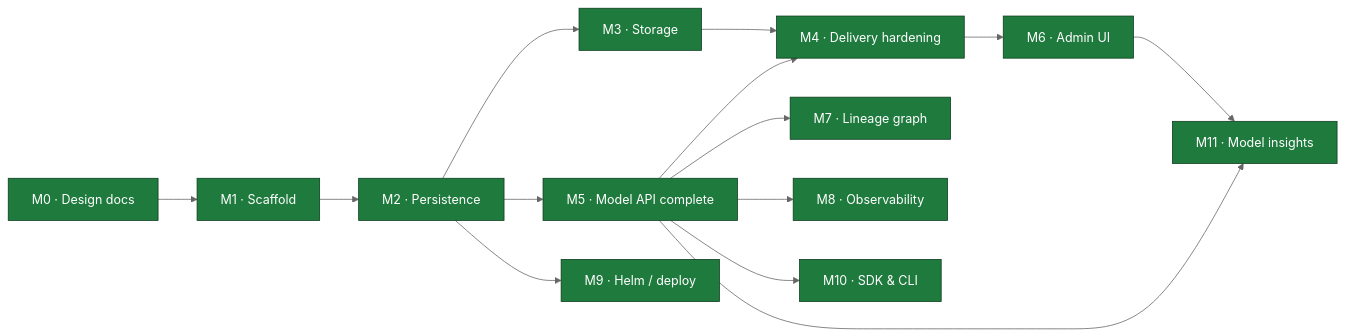
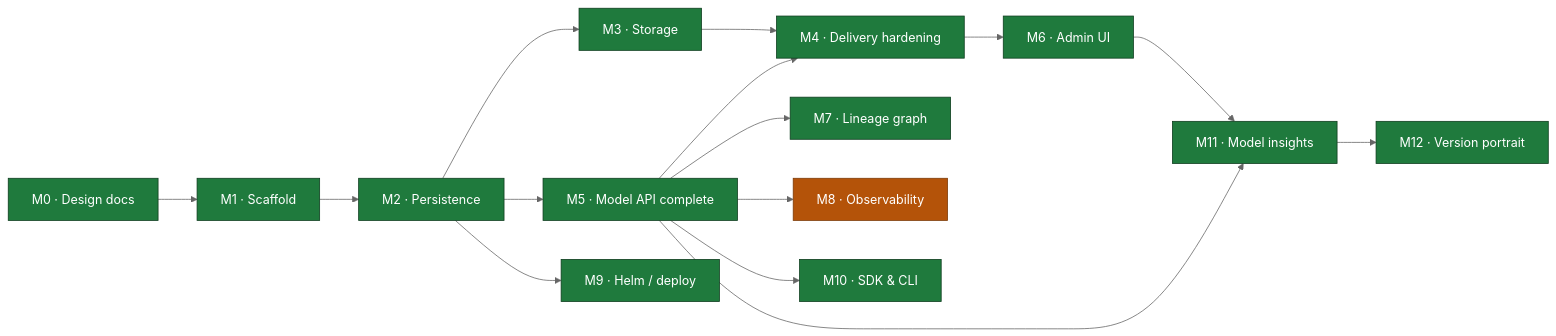
The diagram in MILESTONES.md (proseria-research/lineage), drawn with Mermaid (neutral theme) before and after one commit. The commit also changed other lines of this file, not shown here.

First line of the commit message:
docs(milestones): reopen M8 and track the version portrait as M12

````diff
--- a/MILESTONES.md
+++ b/MILESTONES.md
@@ -11,21 +11,23 @@
 ```mermaid
 flowchart LR
     M0["M0 · Design docs"] --> M1["M1 · Scaffold"]
     M1 --> M2["M2 · Persistence"]
     M2 --> M3["M3 · Storage"]
     M2 --> M5["M5 · Model API complete"]
     M3 --> M4["M4 · Delivery hardening"]
     M5 --> M4
     M5 --> M7["M7 · Lineage graph"]
     M4 --> M6["M6 · Admin UI"]
     M5 --> M8["M8 · Observability"]
     M2 --> M9["M9 · Helm / deploy"]
     M5 --> M10["M10 · SDK & CLI"]
     M5 --> M11["M11 · Model insights"]
     M6 --> M11
+    M11 --> M12["M12 · Version portrait"]
 
     classDef done fill:#1f7a3d,stroke:#0d3d1e,color:#fff;
     classDef active fill:#b45309,stroke:#7c3a06,color:#fff;
     classDef todo fill:#334155,stroke:#1e293b,color:#fff;
-    class M0,M1,M2,M3,M4,M5,M6,M7,M8,M9,M10,M11 done;
+    class M0,M1,M2,M3,M4,M5,M6,M7,M9,M10,M11,M12 done;
+    class M8 active;
 ```
````
